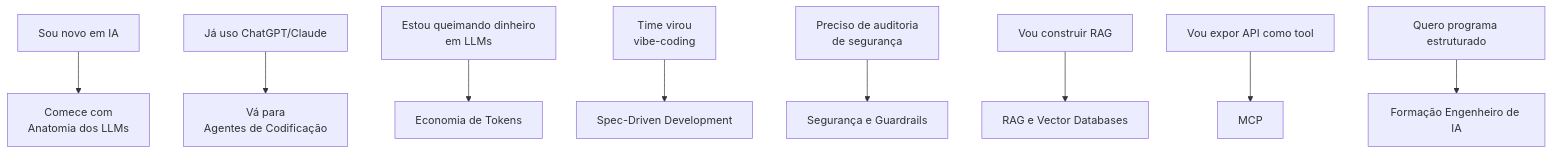
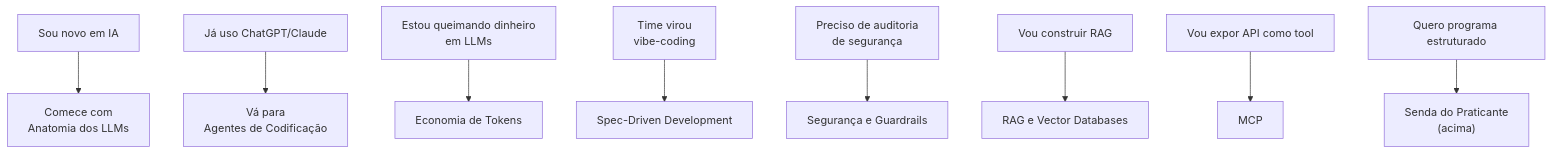
Before and after one commit to josenaldo/my-dev-notebook: the second of 2 diagrams in 03-Domínios/IA/index.md, drawn with Mermaid. The commit also changed other lines of this file and 15 other files, not shown here.

````diff
--- a/03-Domínios/IA/index.md
+++ b/03-Domínios/IA/index.md
@@ -69,11 +285,11 @@
 ```mermaid
 graph TD
     A["Sou novo em IA"] --> B["Comece com<br/>Anatomia dos LLMs"]
     C["Já uso ChatGPT/Claude"] --> D["Vá para<br/>Agentes de Codificação"]
     E["Estou queimando dinheiro<br/>em LLMs"] --> F["Economia de Tokens"]
     G["Time virou<br/>vibe-coding"] --> H["Spec-Driven Development"]
     I["Preciso de auditoria<br/>de segurança"] --> J["Segurança e Guardrails"]
     K["Vou construir RAG"] --> L["RAG e Vector Databases"]
     M["Vou expor API como tool"] --> N["MCP"]
-    O["Quero programa estruturado"] --> P["Formação Engenheiro de IA"]
+    O["Quero programa estruturado"] --> P["Senda do Praticante<br/>(acima)"]
 ```
````
